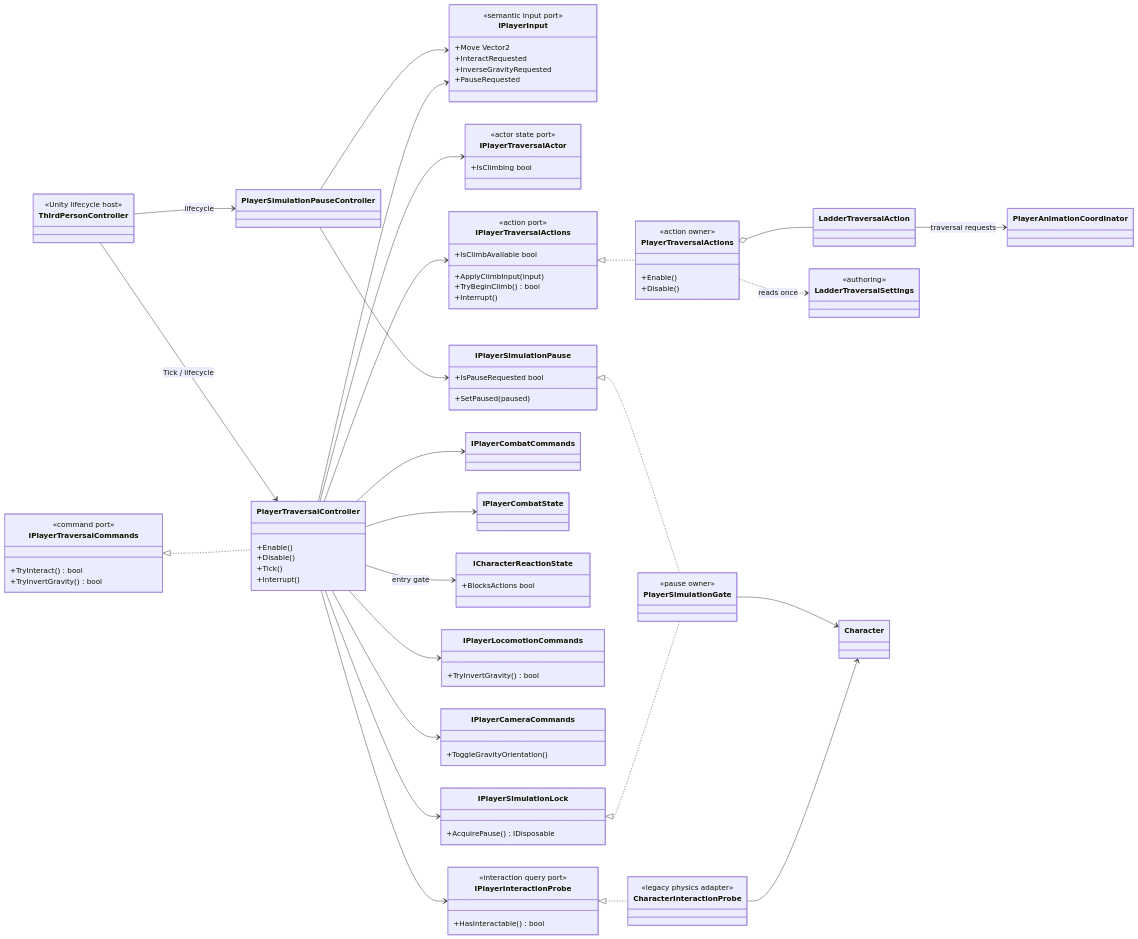
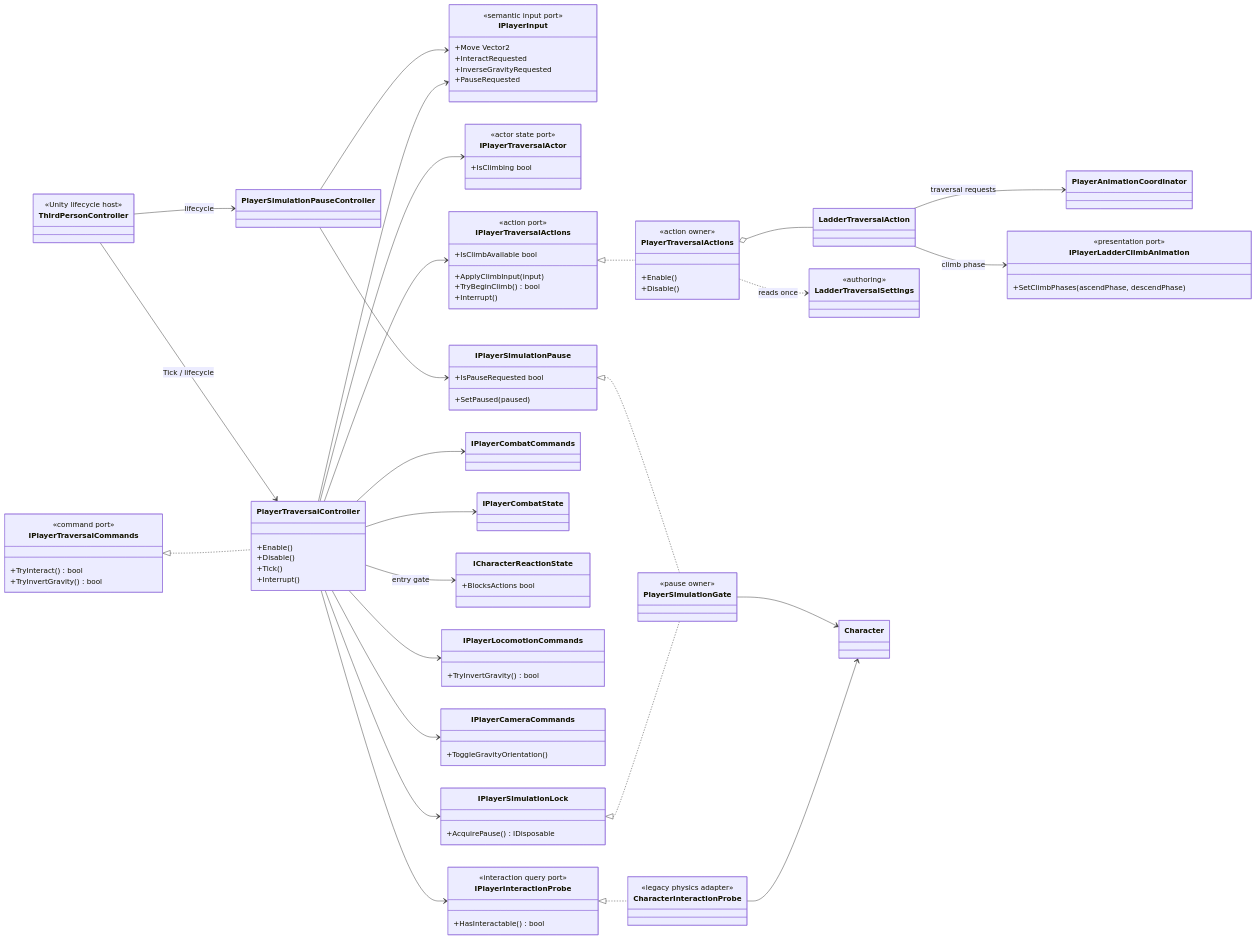
Before and after one commit to MaximFonariuc/project-s: the first of 2 diagrams in Docs/Architecture/Player.Traversal.md, drawn with Mermaid. The commit also changed other lines of this file and 3 other files, not shown here.

Commit message:
docs(traversal): record the phase-driven ladder loops, the hang blend and the rung contact grip

```diff
--- a/Docs/Architecture/Player.Traversal.md
+++ b/Docs/Architecture/Player.Traversal.md
@@ -55,6 +55,10 @@
     }
     class LadderTraversalAction
     class PlayerAnimationCoordinator
+    class IPlayerLadderClimbAnimation {
+        <<presentation port>>
+        +SetClimbPhases(ascendPhase, descendPhase)
+    }
     class LadderTraversalSettings {
         <<authoring>>
     }
@@ -99,6 +103,7 @@
     IPlayerTraversalActions <|.. PlayerTraversalActions
     PlayerTraversalActions o-- LadderTraversalAction
     LadderTraversalAction --> PlayerAnimationCoordinator : traversal requests
+    LadderTraversalAction --> IPlayerLadderClimbAnimation : climb phase
     PlayerTraversalActions ..> LadderTraversalSettings : reads once
     IPlayerInteractionProbe <|.. CharacterInteractionProbe
     CharacterInteractionProbe --> Character
```
